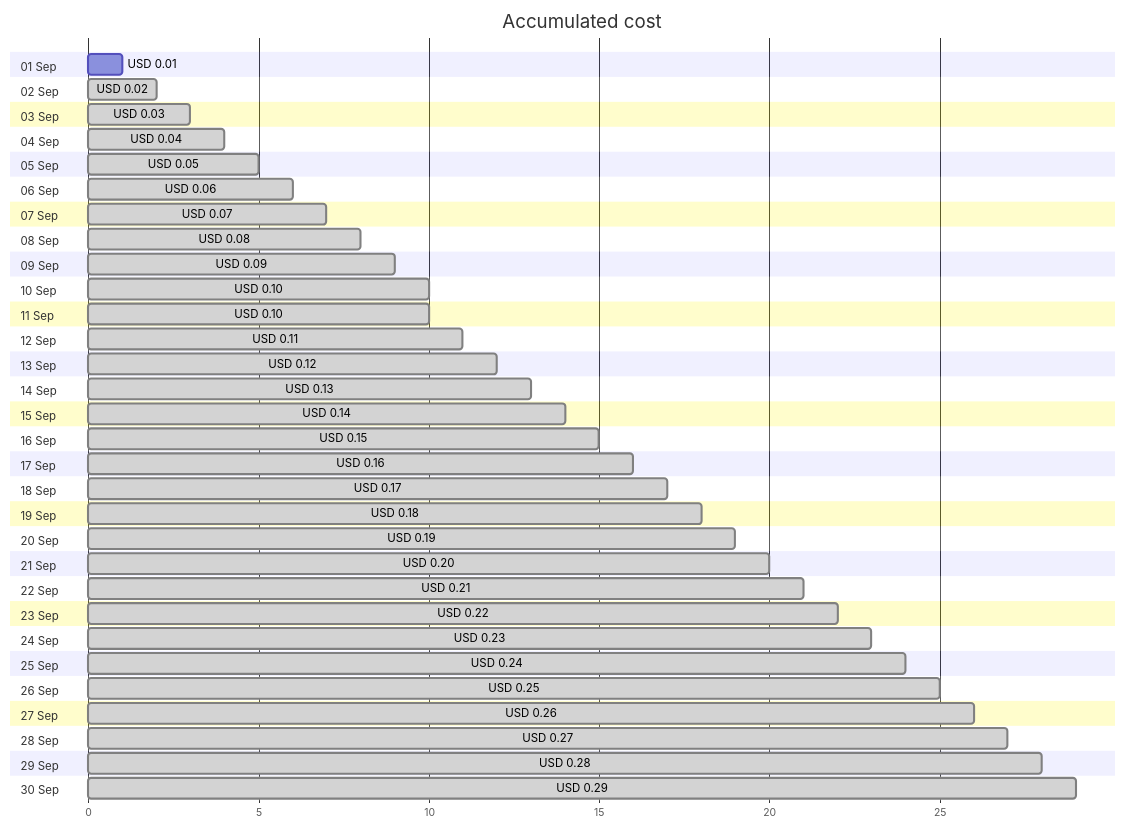
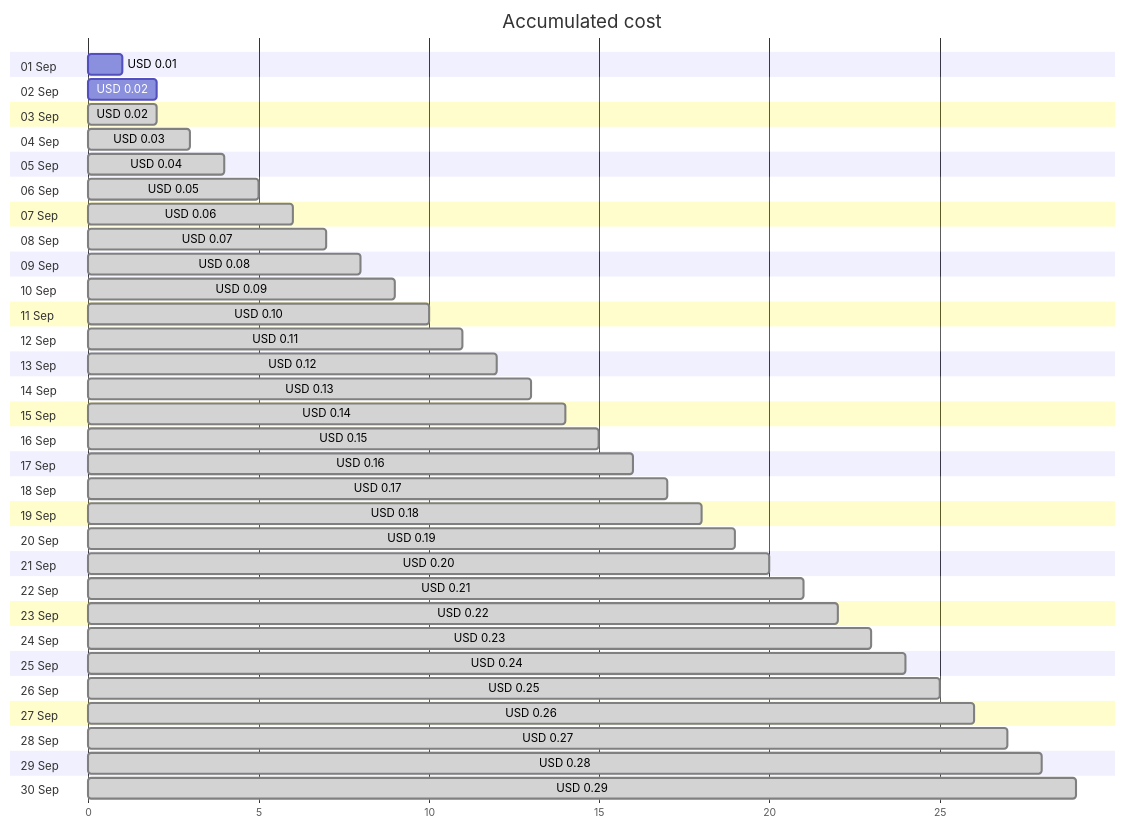
The first of 4 diagrams in cost-reports/cloud-shell-storage-eastus/README.md (jpfulton/azure-personal-reports), drawn with Mermaid before and after one commit. The commit also changed other lines of this file and 1 other file, not shown here.

````diff
--- a/cost-reports/cloud-shell-storage-eastus/README.md
+++ b/cost-reports/cloud-shell-storage-eastus/README.md
@@ -20,66 +20,66 @@
 ```mermaid
 gantt
    title Accumulated cost
    dateFormat  X
    axisFormat %s
    section 01 Sep
    USD 0.01 :0, 1
    section 02 Sep
+   USD 0.02 :0, 2
+   section 03 Sep
    USD 0.02 : done, 0, 2
-   section 03 Sep
+   section 04 Sep
    USD 0.03 : done, 0, 3
-   section 04 Sep
+   section 05 Sep
    USD 0.04 : done, 0, 4
-   section 05 Sep
+   section 06 Sep
    USD 0.05 : done, 0, 5
-   section 06 Sep
+   section 07 Sep
    USD 0.06 : done, 0, 6
-   section 07 Sep
+   section 08 Sep
    USD 0.07 : done, 0, 7
-   section 08 Sep
+   section 09 Sep
    USD 0.08 : done, 0, 8
-   section 09 Sep
+   section 10 Sep
    USD 0.09 : done, 0, 9
-   section 10 Sep
-   USD 0.10 : done, 0, 10
    section 11 Sep
    USD 0.10 : done, 0, 10
    section 12 Sep
    USD 0.11 : done, 0, 11
    section 13 Sep
    USD 0.12 : done, 0, 12
    section 14 Sep
    USD 0.13 : done, 0, 13
    section 15 Sep
    USD 0.14 : done, 0, 14
    section 16 Sep
    USD 0.15 : done, 0, 15
    section 17 Sep
    USD 0.16 : done, 0, 16
    section 18 Sep
    USD 0.17 : done, 0, 17
    section 19 Sep
    USD 0.18 : done, 0, 18
    section 20 Sep
    USD 0.19 : done, 0, 19
    section 21 Sep
    USD 0.20 : done, 0, 20
    section 22 Sep
    USD 0.21 : done, 0, 21
    section 23 Sep
    USD 0.22 : done, 0, 22
    section 24 Sep
    USD 0.23 : done, 0, 23
    section 25 Sep
    USD 0.24 : done, 0, 24
    section 26 Sep
    USD 0.25 : done, 0, 25
    section 27 Sep
    USD 0.26 : done, 0, 26
    section 28 Sep
    USD 0.27 : done, 0, 27
    section 29 Sep
    USD 0.28 : done, 0, 28
    section 30 Sep
    USD 0.29 : done, 0, 29
 ```
````
